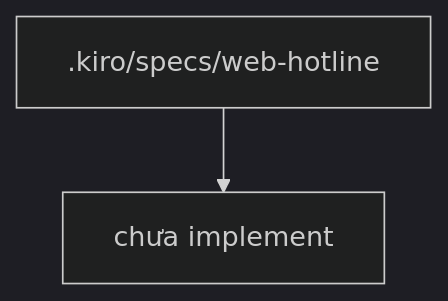
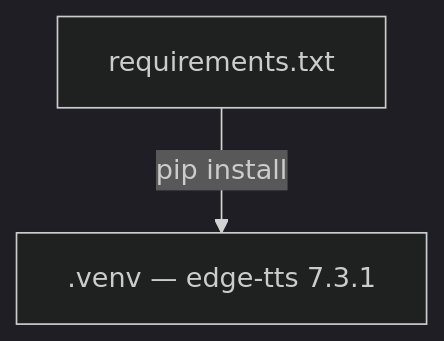
Before and after one commit to Rod-HD/duong-day-vui-ve: the diagram in .kiro/steering/codebase-graph.md, drawn with Mermaid (dark theme). The commit also changed other lines of this file and 3 other files, not shown here.

Commit message:
Task 1.1: add project venv setup with edge-tts

````diff
--- a/.kiro/steering/codebase-graph.md
+++ b/.kiro/steering/codebase-graph.md
@@ -12,5 +12,5 @@
 ```mermaid
 graph TD
-    %% Chưa có code. Sẽ cập nhật sau Task đầu tiên.
-    SPEC[.kiro/specs/web-hotline] --> TODO[chưa implement]
+    REQ[requirements.txt] -->|pip install| VENV[.venv — edge-tts 7.3.1]
+    %% Chưa có code app. Cập nhật tiếp ở Task 1.2.
 ```
````
